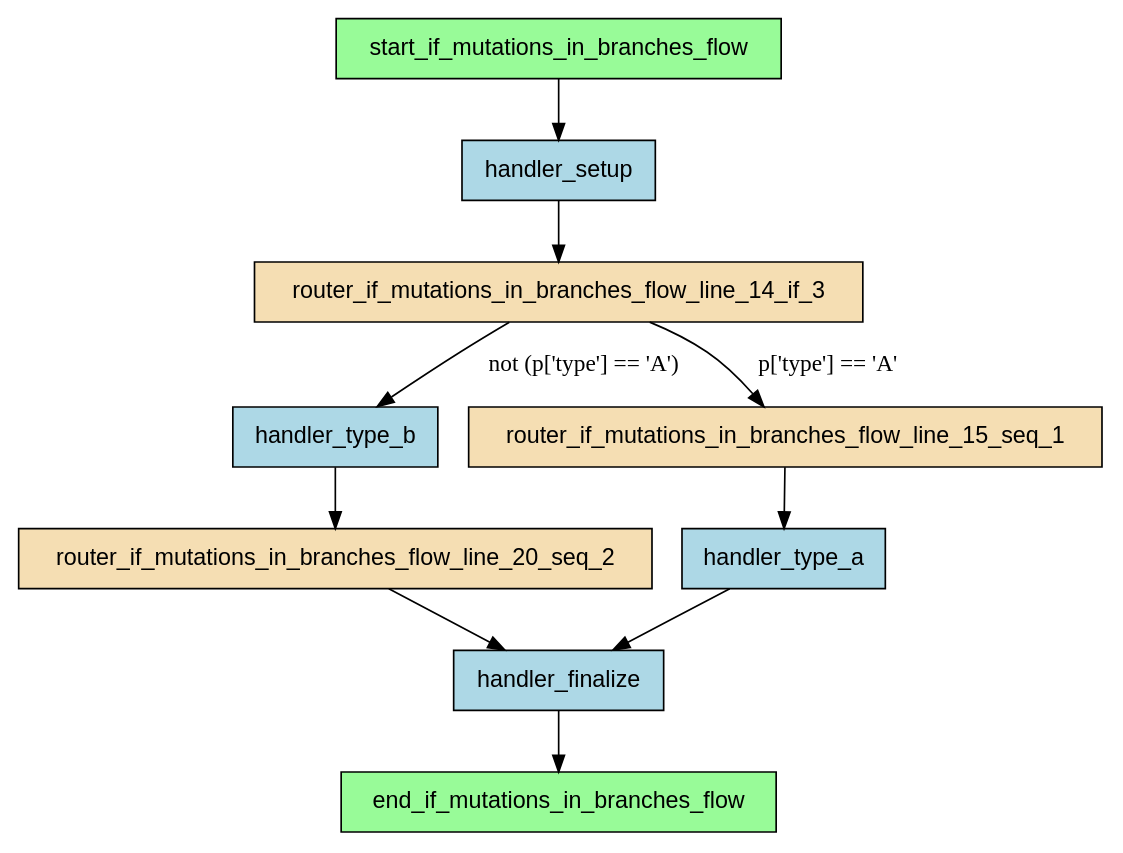
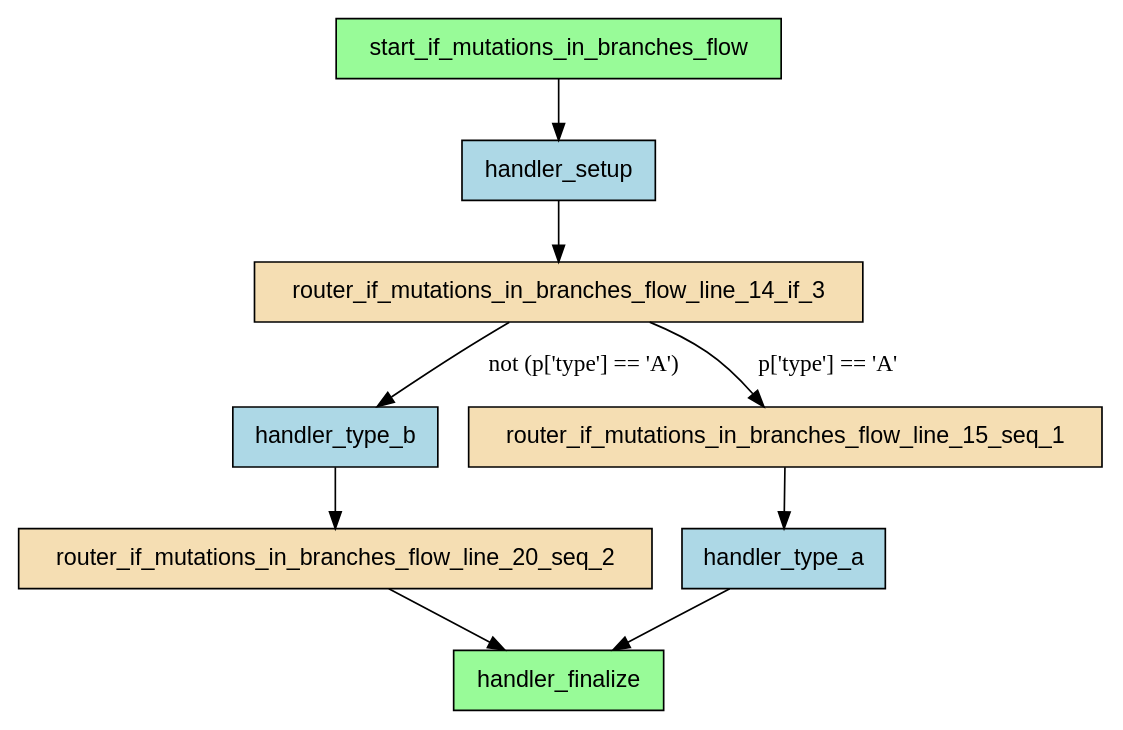
The diagram in examples/flows/compiled/if_mutations_in_branches/flow.dot (deliveryhero/asya), drawn with Graphviz before and after one commit. The commit also changed 339 other files, not shown here.

First line of the commit message:
feat(compiler): remove end_ router, add graph validation, visual improvements

```diff
--- a/examples/flows/compiled/if_mutations_in_branches/flow.dot
+++ b/examples/flows/compiled/if_mutations_in_branches/flow.dot
@@ -1,24 +1,22 @@
 digraph "if_mutations_in_branches_flow" {
     rankdir=TB;
     node [shape=box, style=filled, fontname="Helvetica"];
 
-    end_if_mutations_in_branches_flow [label="end_if_mutations_in_branches_flow", fillcolor=palegreen];
-    handler_finalize [label="handler_finalize", fillcolor=lightblue];
+    handler_finalize [label="handler_finalize", fillcolor=palegreen];
     handler_setup [label="handler_setup", fillcolor=lightblue];
     handler_type_a [label="handler_type_a", fillcolor=lightblue];
     handler_type_b [label="handler_type_b", fillcolor=lightblue];
     router_if_mutations_in_branches_flow_line_14_if_3 [label="router_if_mutations_in_branches_flow_line_14_if_3", fillcolor=wheat];
     router_if_mutations_in_branches_flow_line_15_seq_1 [label="router_if_mutations_in_branches_flow_line_15_seq_1", fillcolor=wheat];
     router_if_mutations_in_branches_flow_line_20_seq_2 [label="router_if_mutations_in_branches_flow_line_20_seq_2", fillcolor=wheat];
     start_if_mutations_in_branches_flow [label="start_if_mutations_in_branches_flow", fillcolor=palegreen];
 
     start_if_mutations_in_branches_flow -> handler_setup;
     handler_setup -> router_if_mutations_in_branches_flow_line_14_if_3;
     router_if_mutations_in_branches_flow_line_15_seq_1 -> handler_type_a;
     router_if_mutations_in_branches_flow_line_14_if_3 -> router_if_mutations_in_branches_flow_line_15_seq_1 [label="p['type'] == 'A'"];
     router_if_mutations_in_branches_flow_line_14_if_3 -> handler_type_b [label="not (p['type'] == 'A')"];
     handler_type_b -> router_if_mutations_in_branches_flow_line_20_seq_2;
     router_if_mutations_in_branches_flow_line_20_seq_2 -> handler_finalize;
     handler_type_a -> handler_finalize;
-    handler_finalize -> end_if_mutations_in_branches_flow;
 }
```
